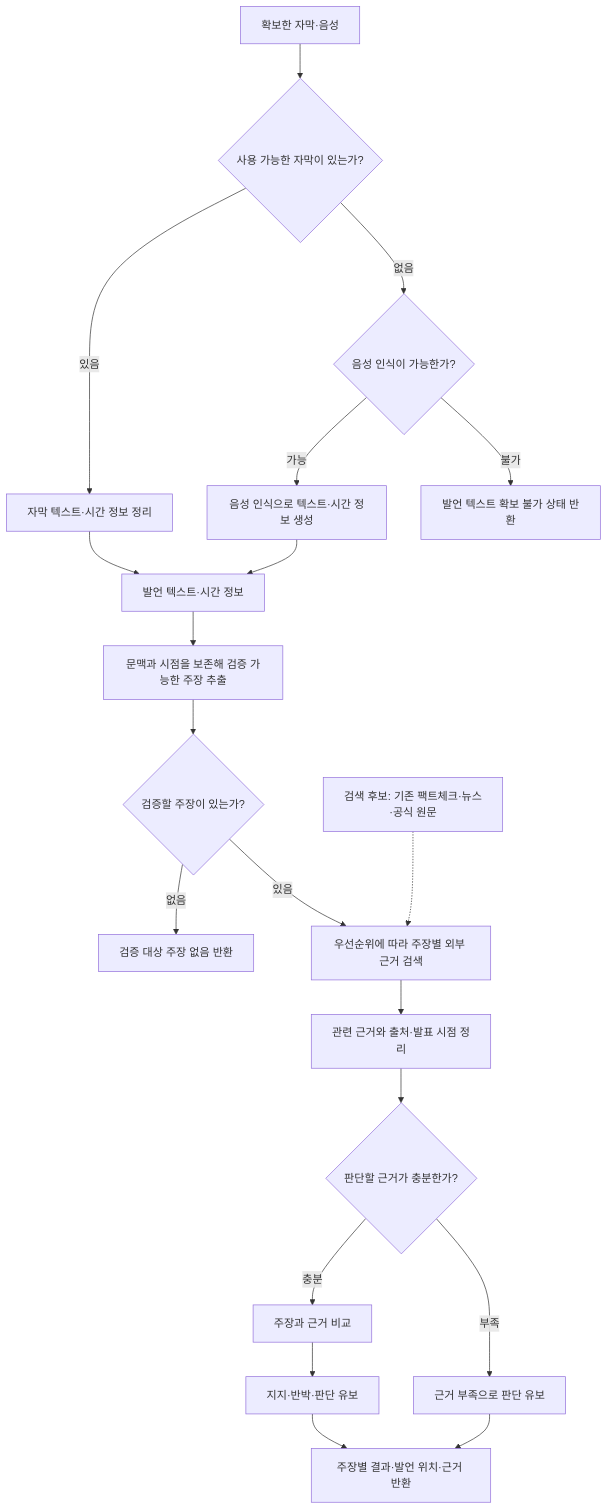
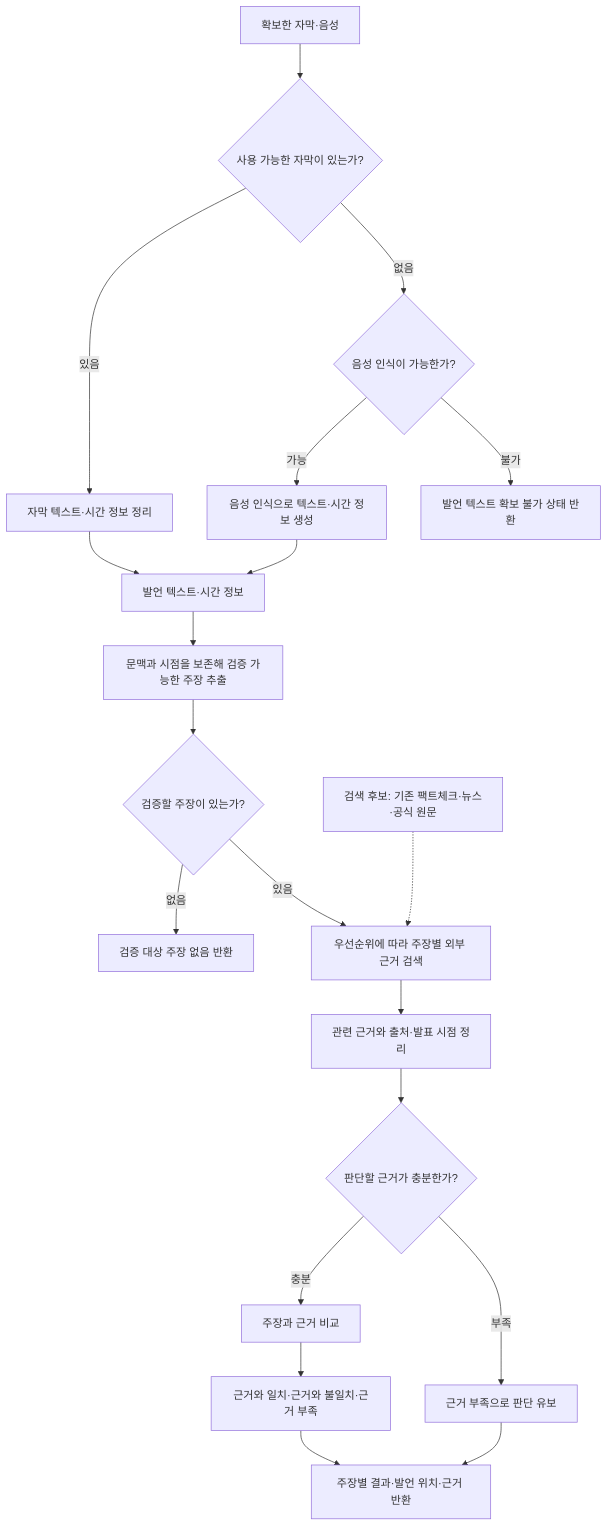
One commit to Dynamic-Juo/docs changed the third of 3 diagrams in design/ai-pipeline.md. Above: the diagram before and after it, drawn with Mermaid. The commit also changed other lines of this file and 4 other files, not shown here.

````diff
--- a/design/ai-pipeline.md
+++ b/design/ai-pipeline.md
@@ -57,22 +57,22 @@
 ```mermaid
 flowchart TD
     DATA["확보한 자막·음성"] --> SUB{"사용 가능한 자막이 있는가?"}
     SUB -->|있음| NORMALIZE["자막 텍스트·시간 정보 정리"]
     SUB -->|없음| AUDIO{"음성 인식이 가능한가?"}
     AUDIO -->|가능| STT["음성 인식으로 텍스트·시간 정보 생성"]
     AUDIO -->|불가| FAIL["발언 텍스트 확보 불가 상태 반환"]
     NORMALIZE --> TRANSCRIPT["발언 텍스트·시간 정보"]
     STT --> TRANSCRIPT
     TRANSCRIPT --> EXTRACT["문맥과 시점을 보존해 검증 가능한 주장 추출"]
     EXTRACT --> CLAIMS{"검증할 주장이 있는가?"}
     CLAIMS -->|없음| EMPTY["검증 대상 주장 없음 반환"]
     CLAIMS -->|있음| SEARCH["우선순위에 따라 주장별 외부 근거 검색"]
     SOURCES["검색 후보: 기존 팩트체크·뉴스·공식 원문"] -.-> SEARCH
     SEARCH --> EVIDENCE["관련 근거와 출처·발표 시점 정리"]
     EVIDENCE --> ENOUGH{"판단할 근거가 충분한가?"}
     ENOUGH -->|부족| UNKNOWN["근거 부족으로 판단 유보"]
     ENOUGH -->|충분| VERIFY["주장과 근거 비교"]
-    VERIFY --> VERDICT["지지·반박·판단 유보"]
+    VERIFY --> VERDICT["근거와 일치·근거와 불일치·근거 부족"]
     VERDICT --> RESULT["주장별 결과·발언 위치·근거 반환"]
     UNKNOWN --> RESULT
 ```
````
